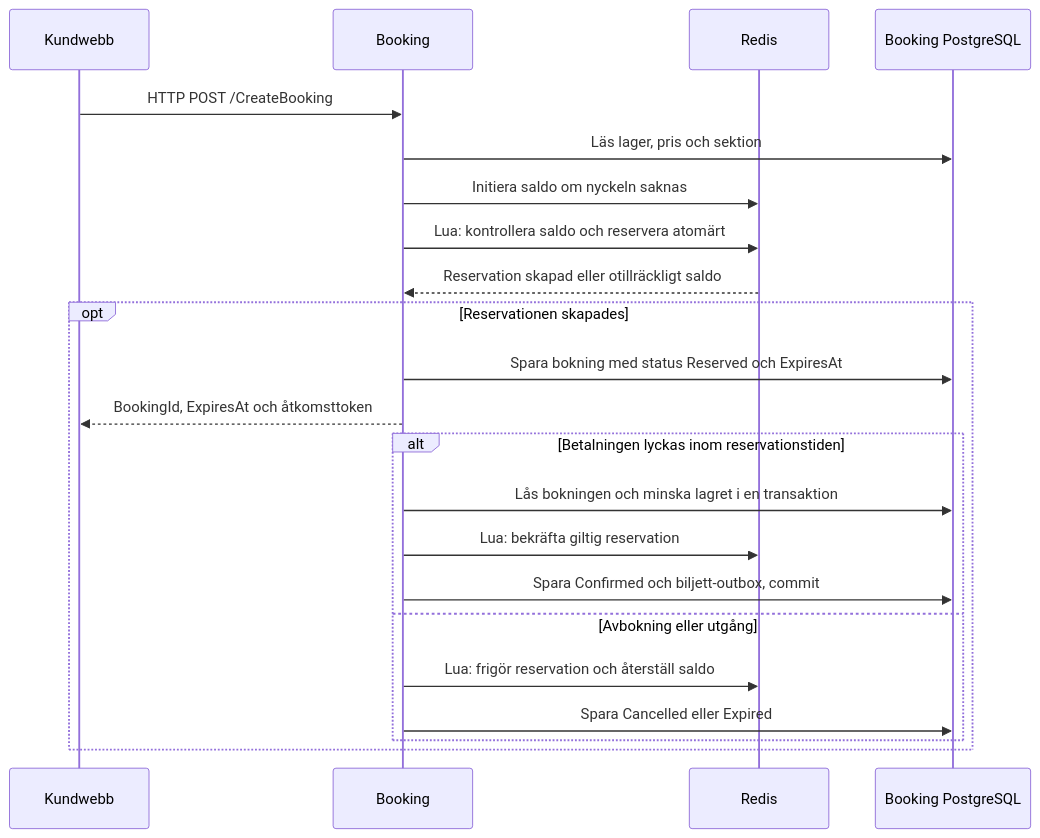
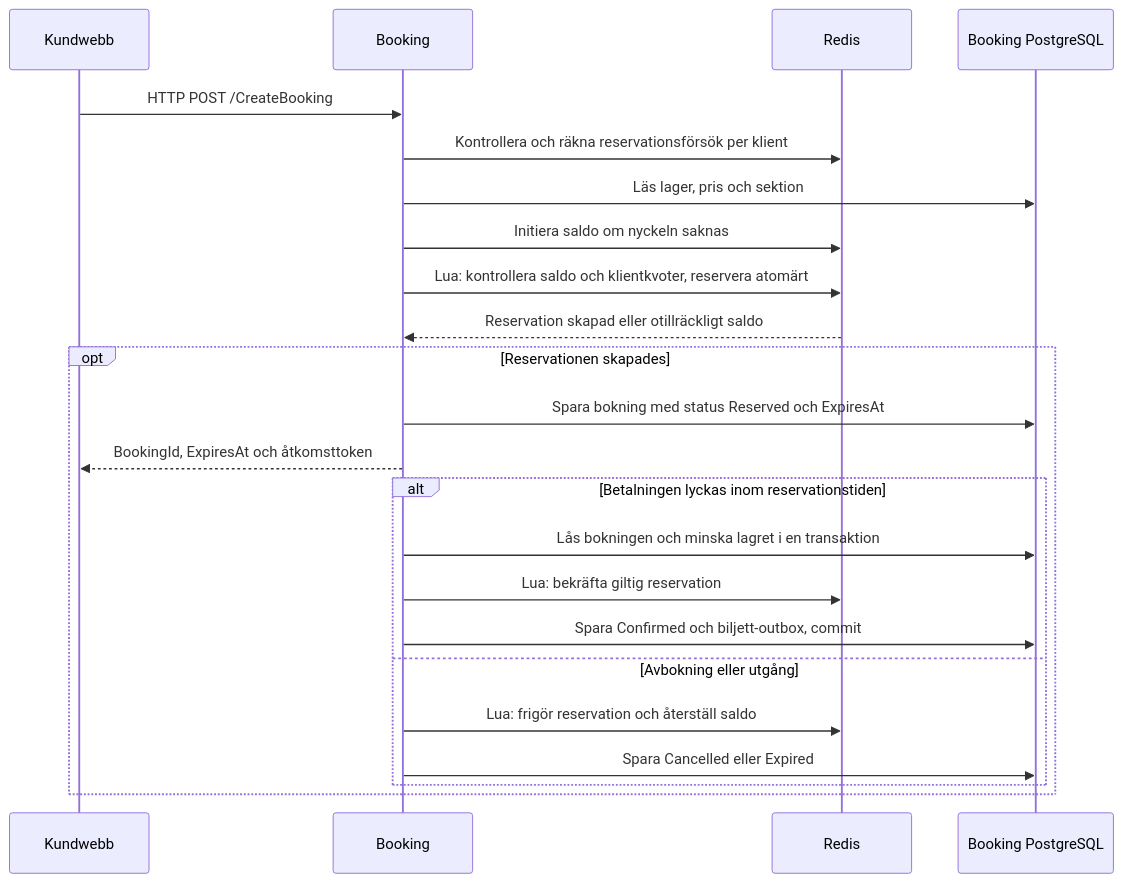
The diagram in docs/redis.md (kimrodin/HalsingeLiveAB), drawn with Mermaid before and after one commit. The commit also changed other lines of this file and 29 other files, not shown here.

````diff
--- a/docs/redis.md
+++ b/docs/redis.md
@@ -14,25 +14,26 @@
 ```mermaid
 sequenceDiagram
     participant C as Kundwebb
     participant B as Booking
     participant R as Redis
     participant D as Booking PostgreSQL
 
     C->>B: HTTP POST /CreateBooking
+    B->>R: Kontrollera och räkna reservationsförsök per klient
     B->>D: Läs lager, pris och sektion
     B->>R: Initiera saldo om nyckeln saknas
-    B->>R: Lua: kontrollera saldo och reservera atomärt
+    B->>R: Lua: kontrollera saldo och klientkvoter, reservera atomärt
     R-->>B: Reservation skapad eller otillräckligt saldo
     opt Reservationen skapades
         B->>D: Spara bokning med status Reserved och ExpiresAt
         B-->>C: BookingId, ExpiresAt och åtkomsttoken
         alt Betalningen lyckas inom reservationstiden
             B->>D: Lås bokningen och minska lagret i en transaktion
             B->>R: Lua: bekräfta giltig reservation
             B->>D: Spara Confirmed och biljett-outbox, commit
         else Avbokning eller utgång
             B->>R: Lua: frigör reservation och återställ saldo
             B->>D: Spara Cancelled eller Expired
         end
     end
 ```
````
